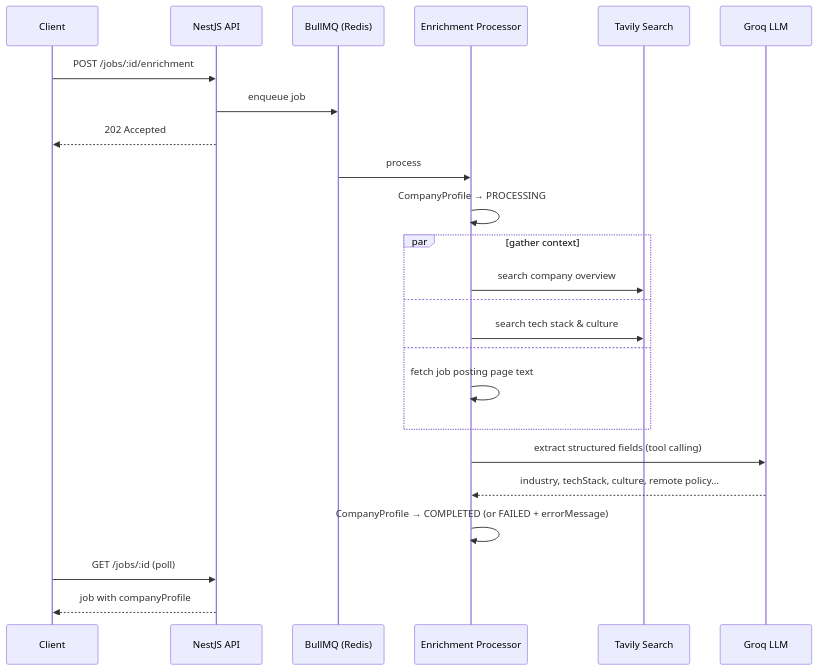
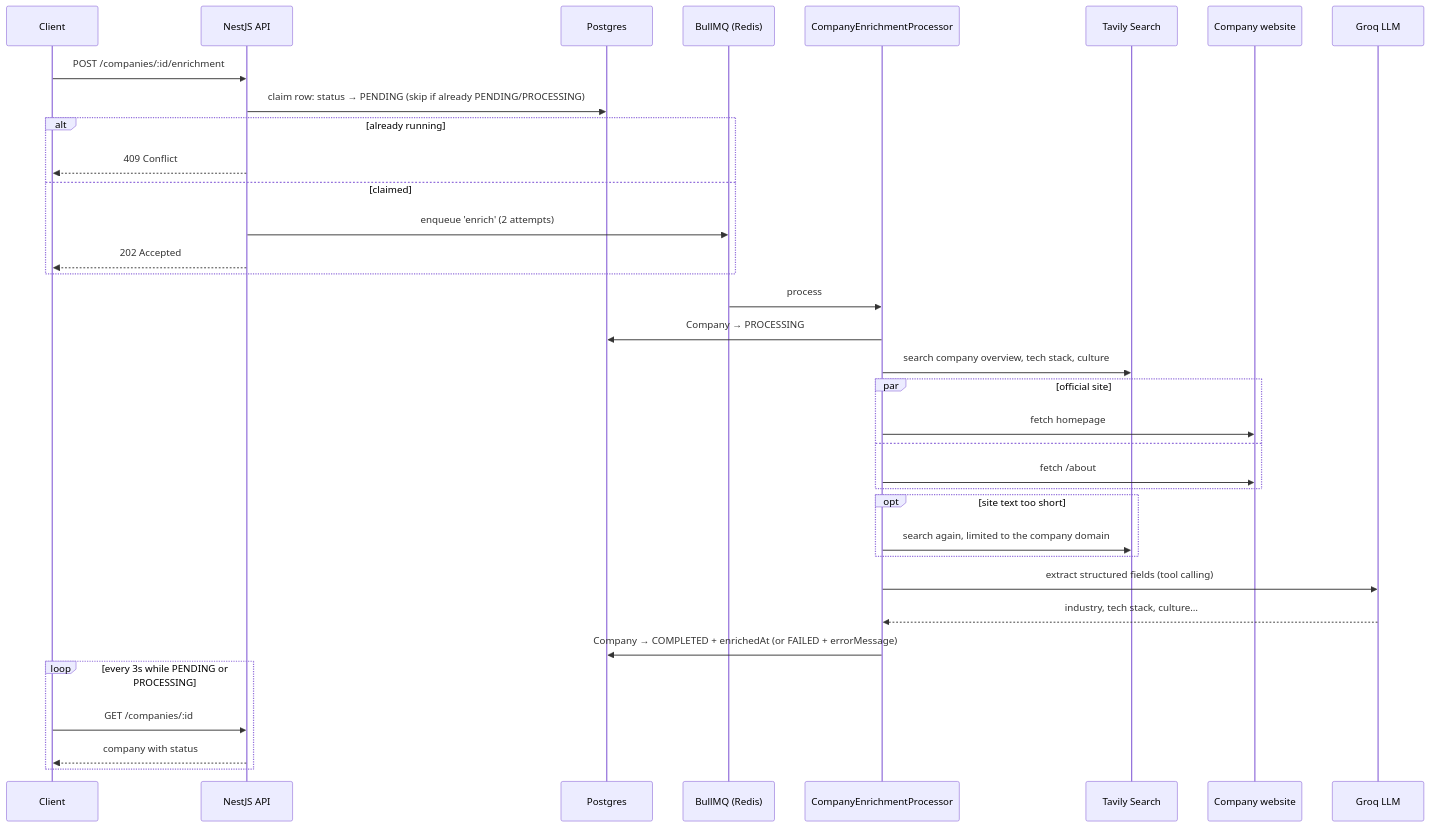
Before and after one commit to muhammadasif2017/job-tracker: the diagram in README.md, drawn with Mermaid. The commit also changed other lines of this file, not shown here.

Commit message:
Update README company enrichment diagram (#391)

````diff
--- a/README.md
+++ b/README.md
@@ -54,27 +54,38 @@
 ```mermaid
 sequenceDiagram
     participant C as Client
     participant API as NestJS API
+    participant DB as Postgres
     participant Q as BullMQ (Redis)
-    participant W as Enrichment Processor
+    participant W as CompanyEnrichmentProcessor
     participant T as Tavily Search
+    participant S as Company website
     participant G as Groq LLM
 
-    C->>API: POST /jobs/:id/enrichment
-    API->>Q: enqueue job
-    API-->>C: 202 Accepted
+    C->>API: POST /companies/:id/enrichment
+    API->>DB: claim row: status → PENDING (skip if already PENDING/PROCESSING)
+    alt already running
+        API-->>C: 409 Conflict
+    else claimed
+        API->>Q: enqueue 'enrich' (2 attempts)
+        API-->>C: 202 Accepted
+    end
     Q->>W: process
-    W->>W: CompanyProfile → PROCESSING
-    par gather context
-        W->>T: search company overview
+    W->>DB: Company → PROCESSING
+    W->>T: search company overview, tech stack, culture
+    par official site
+        W->>S: fetch homepage
     and
-        W->>T: search tech stack & culture
-    and
-        W->>W: fetch job posting page text
+        W->>S: fetch /about
+    end
+    opt site text too short
+        W->>T: search again, limited to the company domain
     end
     W->>G: extract structured fields (tool calling)
-    G-->>W: industry, techStack, culture, remote policy…
-    W->>W: CompanyProfile → COMPLETED (or FAILED + errorMessage)
-    C->>API: GET /jobs/:id (poll)
-    API-->>C: job with companyProfile
+    G-->>W: industry, tech stack, culture…
+    W->>DB: Company → COMPLETED + enrichedAt (or FAILED + errorMessage)
+    loop every 3s while PENDING or PROCESSING
+        C->>API: GET /companies/:id
+        API-->>C: company with status
+    end
 ```
````
